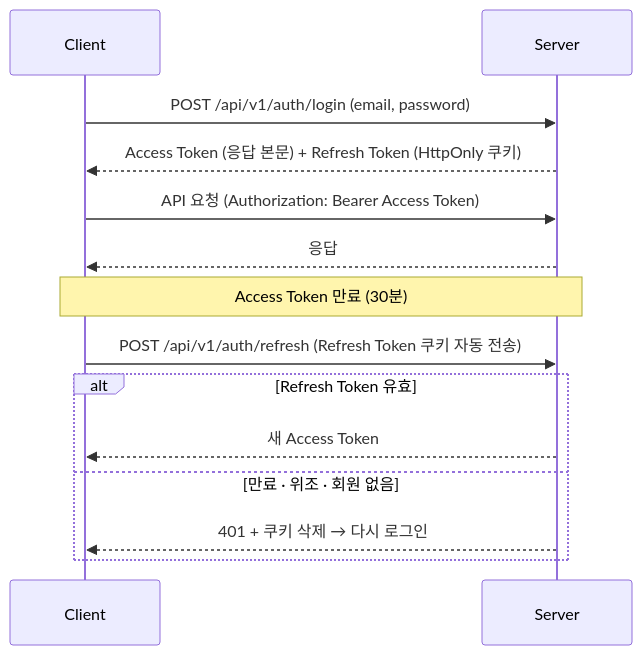
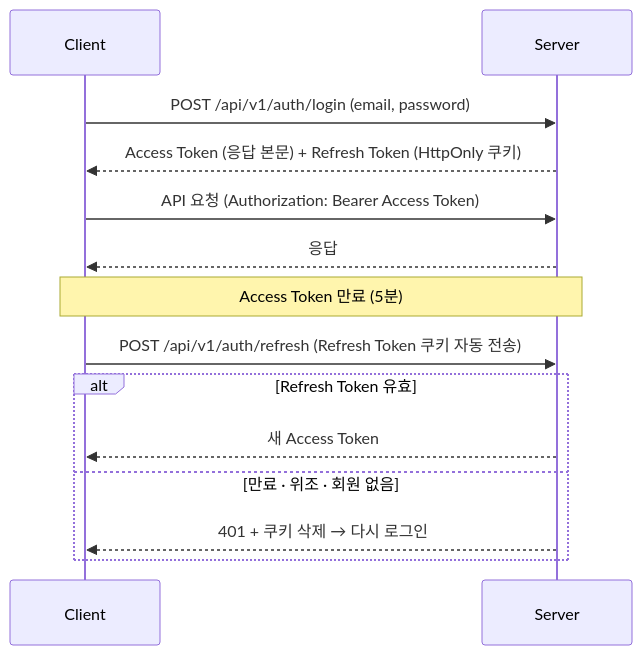
Before and after one commit to hardtack6348/travel_korea: the second of 2 diagrams in README.md, drawn with Mermaid. The commit also changed other lines of this file and 1 other file, not shown here.

Commit message:
Access Token 유효시간을 30분에서 5분으로 단축
- jwt.access-expiration: 1800000 → 300000
- 탈취된 Access Token을 쓸 수 있는 시간을 줄이기 위함. 만료 후에는 Refresh Token으로 재발급
- README의 인증 흐름 설명 갱신

````diff
--- a/README.md
+++ b/README.md
@@ -65,19 +65,19 @@
 ```mermaid
 sequenceDiagram
     participant C as Client
     participant S as Server
 
     C->>S: POST /api/v1/auth/login (email, password)
     S-->>C: Access Token (응답 본문) + Refresh Token (HttpOnly 쿠키)
 
     C->>S: API 요청 (Authorization: Bearer Access Token)
     S-->>C: 응답
 
-    Note over C,S: Access Token 만료 (30분)
+    Note over C,S: Access Token 만료 (5분)
     C->>S: POST /api/v1/auth/refresh (Refresh Token 쿠키 자동 전송)
     alt Refresh Token 유효
         S-->>C: 새 Access Token
     else 만료 · 위조 · 회원 없음
         S-->>C: 401 + 쿠키 삭제 → 다시 로그인
     end
 ```
````
